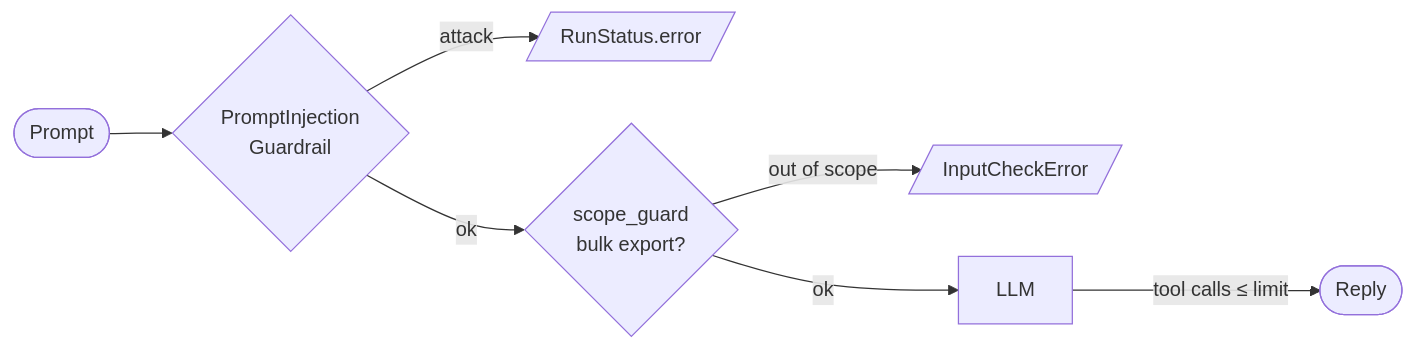
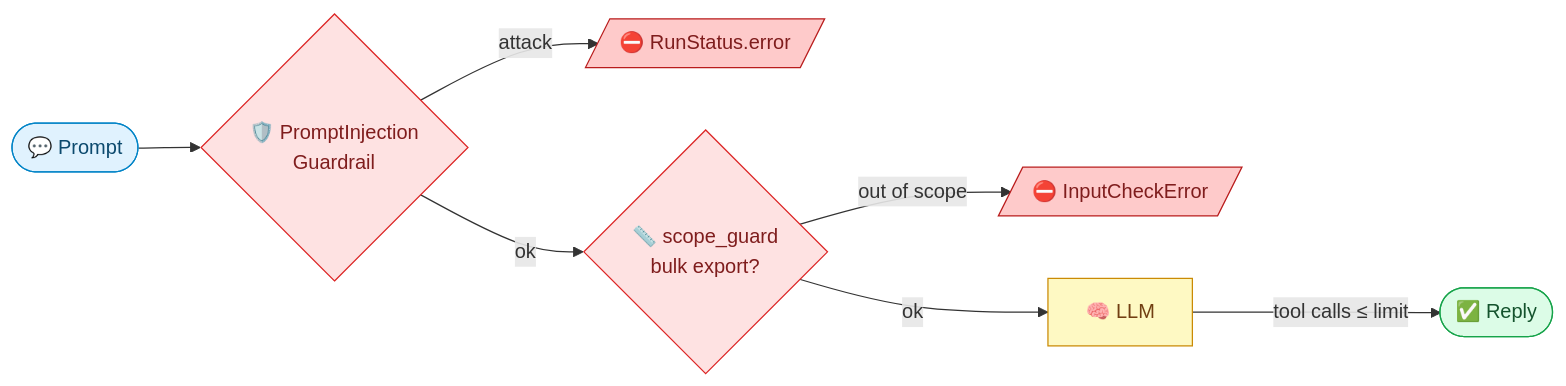
The second of 7 diagrams in README.md (ashishpatel26/Responsible-AI-for-AI-Agent-Harness), drawn with Mermaid before and after one commit. The commit also changed other lines of this file and 1 other file, not shown here.

````diff
--- a/README.md
+++ b/README.md
@@ -38,9 +46,14 @@
 ```mermaid
 flowchart LR
-    I([Prompt]) --> P{PromptInjection<br/>Guardrail}
-    P -->|attack| X1[/RunStatus.error/]
-    P -->|ok| S{scope_guard<br/>bulk export?}
-    S -->|out of scope| X2[/InputCheckError/]
-    S -->|ok| L[LLM]
-    L -->|tool calls ≤ limit| Out([Reply])
+    I(["💬 Prompt"]):::user --> P{"🛡️ PromptInjection<br/>Guardrail"}:::guard
+    P -->|attack| X1[/"⛔ RunStatus.error"/]:::bad
+    P -->|ok| S{"📏 scope_guard<br/>bulk export?"}:::guard
+    S -->|out of scope| X2[/"⛔ InputCheckError"/]:::bad
+    S -->|ok| L["🧠 LLM"]:::llm
+    L -->|"tool calls ≤ limit"| Out(["✅ Reply"]):::ok
+    classDef user fill:#e0f2fe,stroke:#0284c7,color:#0c4a6e
+    classDef guard fill:#fee2e2,stroke:#dc2626,color:#7f1d1d
+    classDef bad fill:#fecaca,stroke:#b91c1c,color:#7f1d1d
+    classDef llm fill:#fef9c3,stroke:#ca8a04,color:#713f12
+    classDef ok fill:#dcfce7,stroke:#16a34a,color:#14532d
 ```
````
